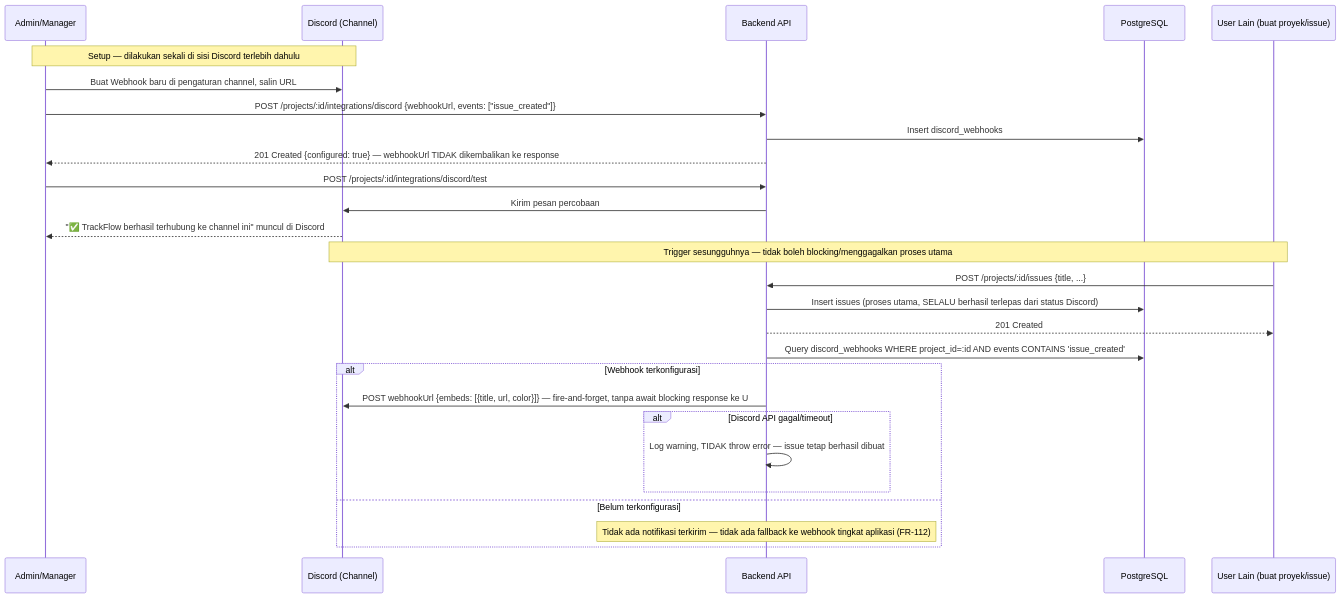
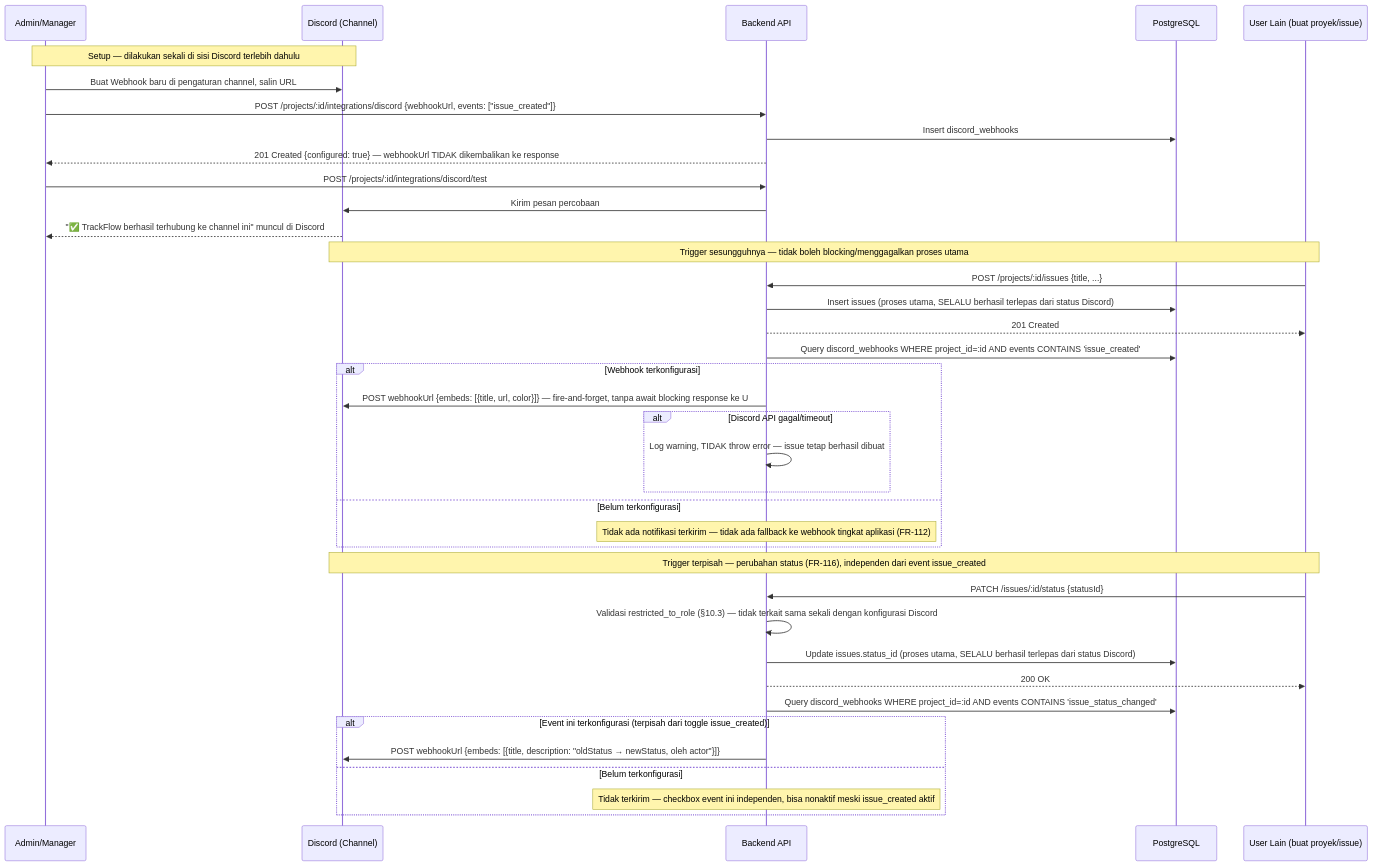
Before and after one commit to itshazlan/trackflow: diagram 19 of 21 in SDD_Lean_Internal.md, drawn with Mermaid. The commit also changed other lines of this file and 1 other file, not shown here.

Commit message:
feat: add independent project-level Discord notification for issue status changes

````diff
--- a/SDD_Lean_Internal.md
+++ b/SDD_Lean_Internal.md
@@ -1137,31 +1137,43 @@
 ```mermaid
 sequenceDiagram
     participant Adm as Admin/Manager
     participant DC as Discord (Channel)
     participant A as Backend API
     participant PG as PostgreSQL
     participant U as User Lain (buat proyek/issue)
 
     Note over Adm,DC: Setup — dilakukan sekali di sisi Discord terlebih dahulu
     Adm->>DC: Buat Webhook baru di pengaturan channel, salin URL
     Adm->>A: POST /projects/:id/integrations/discord {webhookUrl, events: ["issue_created"]}
     A->>PG: Insert discord_webhooks
     A-->>Adm: 201 Created {configured: true} — webhookUrl TIDAK dikembalikan ke response
     Adm->>A: POST /projects/:id/integrations/discord/test
     A->>DC: Kirim pesan percobaan
     DC-->>Adm: "✅ TrackFlow berhasil terhubung ke channel ini" muncul di Discord
 
     Note over U,DC: Trigger sesungguhnya — tidak boleh blocking/menggagalkan proses utama
     U->>A: POST /projects/:id/issues {title, ...}
     A->>PG: Insert issues (proses utama, SELALU berhasil terlepas dari status Discord)
     A-->>U: 201 Created
     A->>PG: Query discord_webhooks WHERE project_id=:id AND events CONTAINS 'issue_created'
     alt Webhook terkonfigurasi
         A->>DC: POST webhookUrl {embeds: [{title, url, color}]} — fire-and-forget, tanpa await blocking response ke U
         alt Discord API gagal/timeout
             A->>A: Log warning, TIDAK throw error — issue tetap berhasil dibuat
         end
     else Belum terkonfigurasi
         Note over A: Tidak ada notifikasi terkirim — tidak ada fallback ke webhook tingkat aplikasi (FR-112)
     end
+
+    Note over U,DC: Trigger terpisah — perubahan status (FR-116), independen dari event issue_created
+    U->>A: PATCH /issues/:id/status {statusId}
+    A->>A: Validasi restricted_to_role (§10.3) — tidak terkait sama sekali dengan konfigurasi Discord
+    A->>PG: Update issues.status_id (proses utama, SELALU berhasil terlepas dari status Discord)
+    A-->>U: 200 OK
+    A->>PG: Query discord_webhooks WHERE project_id=:id AND events CONTAINS 'issue_status_changed'
+    alt Event ini terkonfigurasi (terpisah dari toggle issue_created)
+        A->>DC: POST webhookUrl {embeds: [{title, description: "oldStatus → newStatus, oleh actor"}]}
+    else Belum terkonfigurasi
+        Note over A: Tidak terkirim — checkbox event ini independen, bisa nonaktif meski issue_created aktif
+    end
 ```
````
